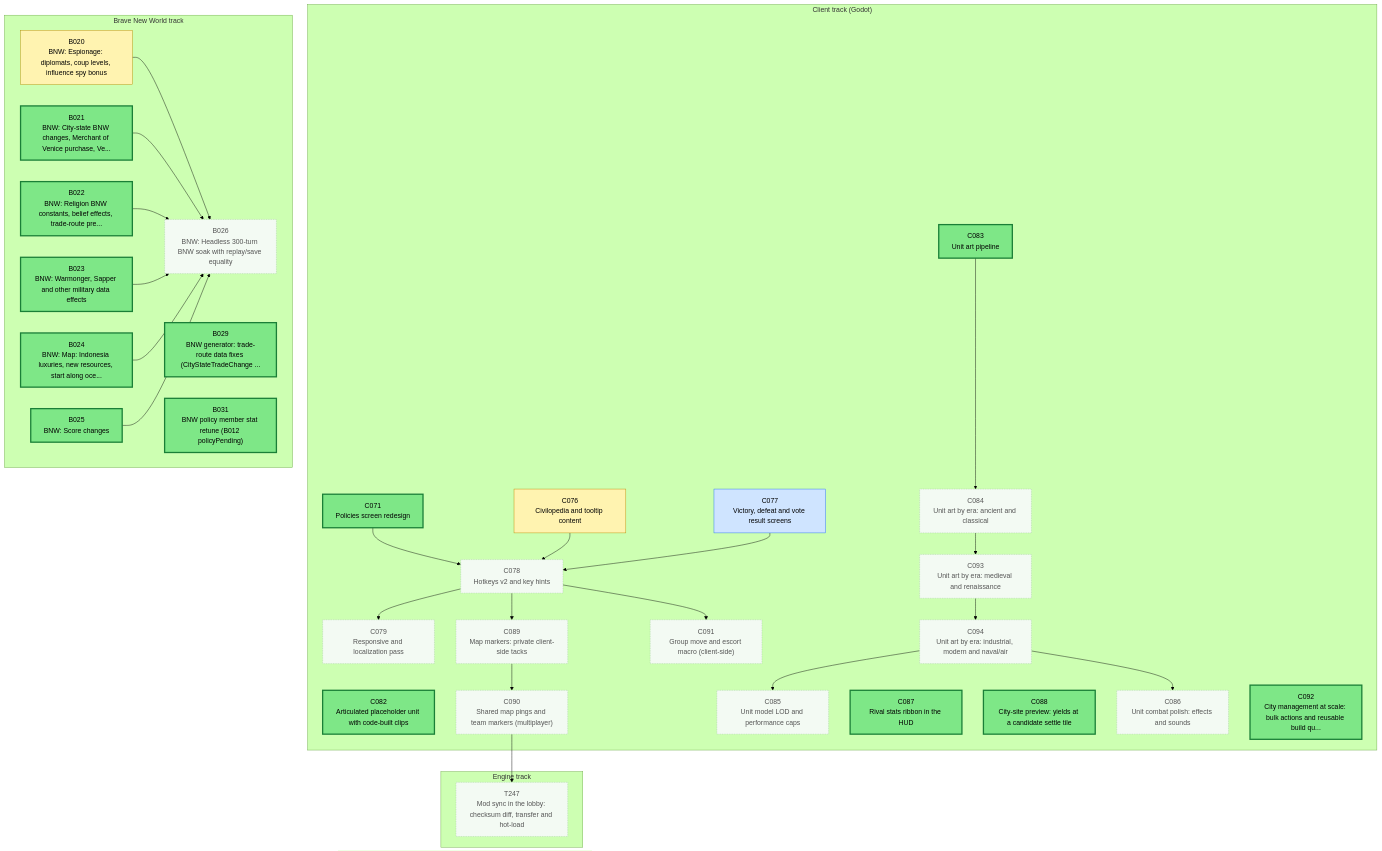
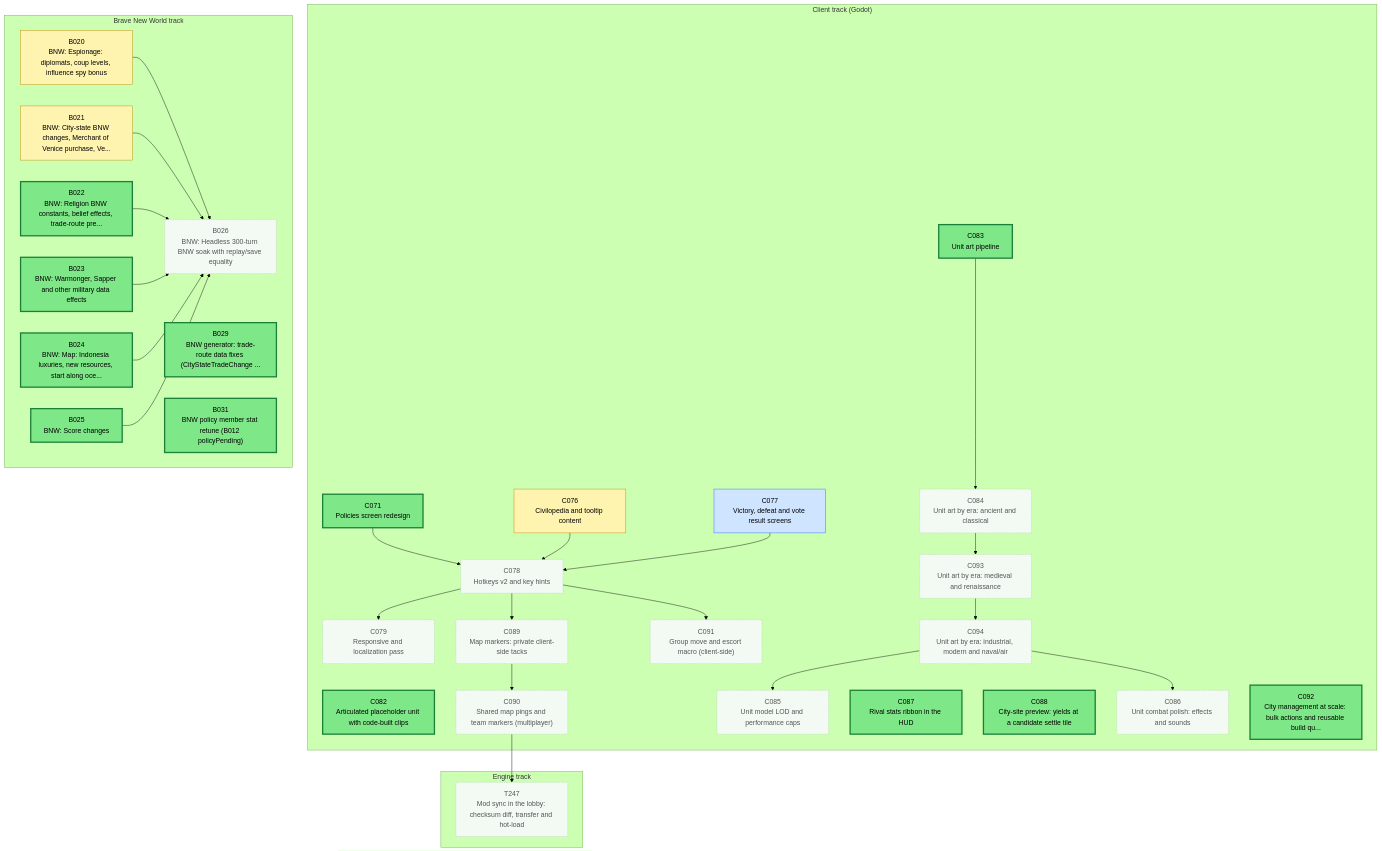
One commit to Kenmura/Unciv changed the first of 3 diagrams in csharp/migration/DEPENDENCY_MAP.md. Above: the diagram before and after it, drawn with Mermaid (forest theme). The commit also changed other lines of this file and 1 other file, not shown here.

```diff
--- a/csharp/migration/DEPENDENCY_MAP.md
+++ b/csharp/migration/DEPENDENCY_MAP.md
@@ -85,7 +85,7 @@
   classDef blocked fill:#ffd6d6,stroke:#c62828,color:#000
   classDef done fill:#eeeeee,stroke:#999999,color:#666,stroke-dasharray:4 3
   class B020 prog
-  class B021 ready
+  class B021 prog
   class B022 ready
   class B023 ready
   class B024 ready
```
